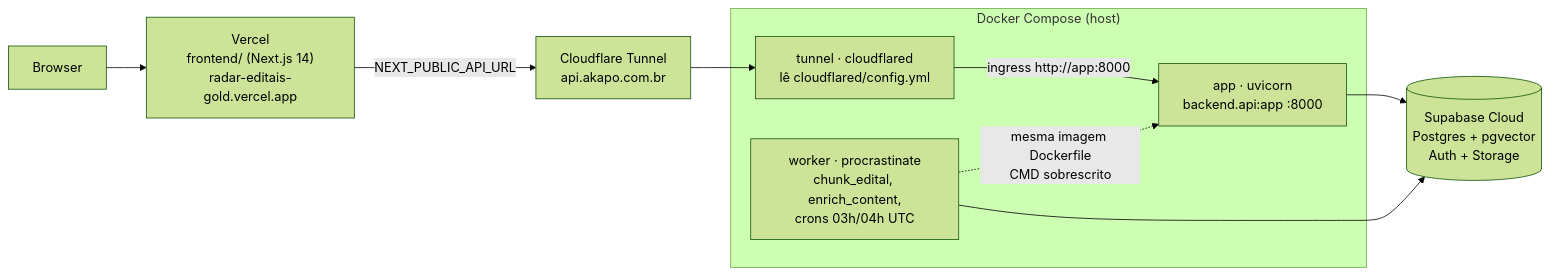
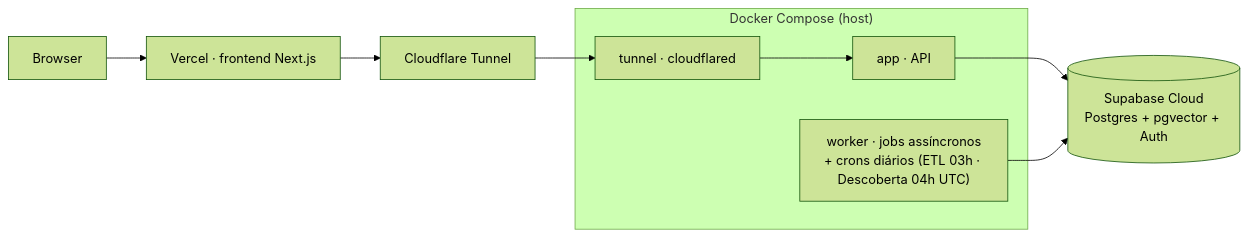
Before and after one commit to lucasborgs/radar_editais: the first of 3 diagrams in docs/architecture.md, drawn with Mermaid (forest theme). The commit also changed other lines of this file, not shown here.

Commit message:
docs: architecture.md funcional — arquitetura final v3 por funcionalidade (#71)

````diff
--- a/docs/architecture.md
+++ b/docs/architecture.md
@@ -23,19 +21,14 @@
 ```mermaid
 flowchart LR
   subgraph HOST["Docker Compose (host)"]
-    APP["app · uvicorn<br/>backend.api:app :8000"]
-    WORKER["worker · procrastinate<br/>chunk_edital, enrich_content,<br/>crons 03h/04h UTC"]
-    TUN["tunnel · cloudflared<br/>lê cloudflared/config.yml"]
+    APP["app · API"]
+    WORKER["worker · jobs assíncronos<br/>+ crons diários (ETL 03h · Descoberta 04h UTC)"]
+    TUN["tunnel · cloudflared"]
   end
-
-  TUN -->|"ingress http://app:8000"| APP
-  WORKER -.->|"mesma imagem Dockerfile<br/>CMD sobrescrito"| APP
-
-  CF["Cloudflare Tunnel<br/>api.akapo.com.br"] --> TUN
-  VERCEL["Vercel<br/>frontend/ (Next.js 14)<br/>radar-editais-gold.vercel.app"] -->|"NEXT_PUBLIC_API_URL"| CF
-
-  APP --> SB[("Supabase Cloud<br/>Postgres + pgvector<br/>Auth + Storage")]
+  TUN --> APP
+  CF["Cloudflare Tunnel"] --> TUN
+  VERCEL["Vercel · frontend Next.js"] --> CF
+  APP --> SB[("Supabase Cloud<br/>Postgres + pgvector + Auth")]
   WORKER --> SB
-
   USER["Browser"] --> VERCEL
 ```
````
